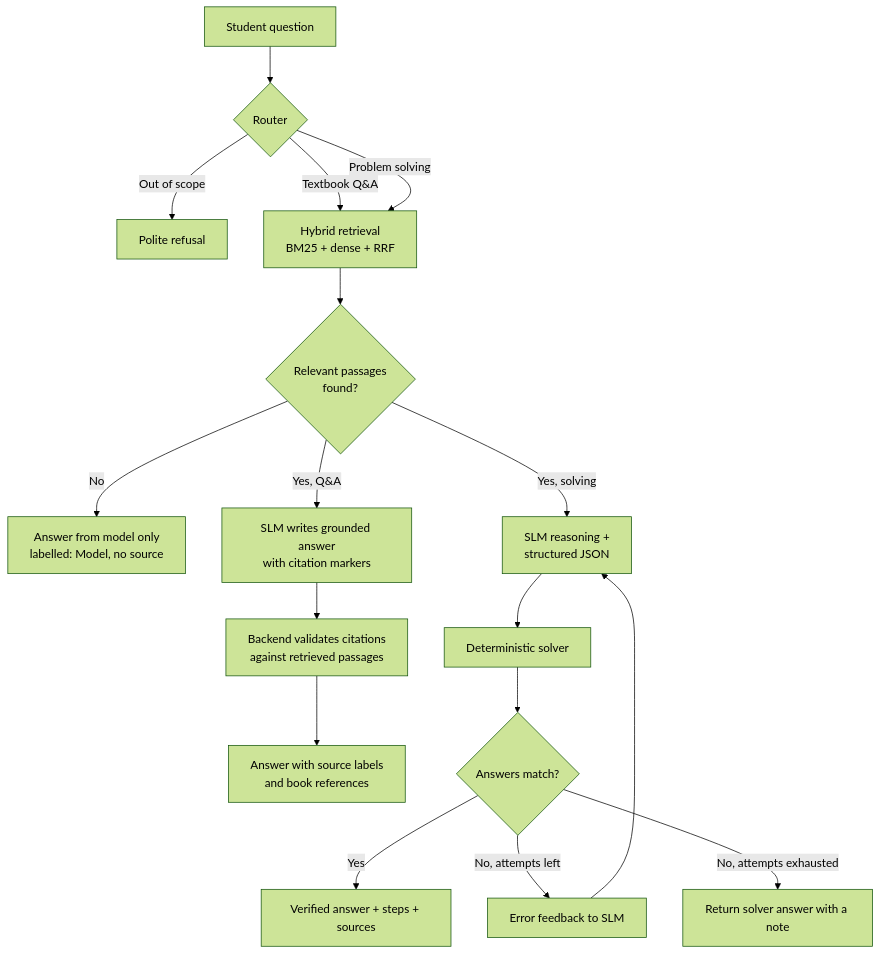
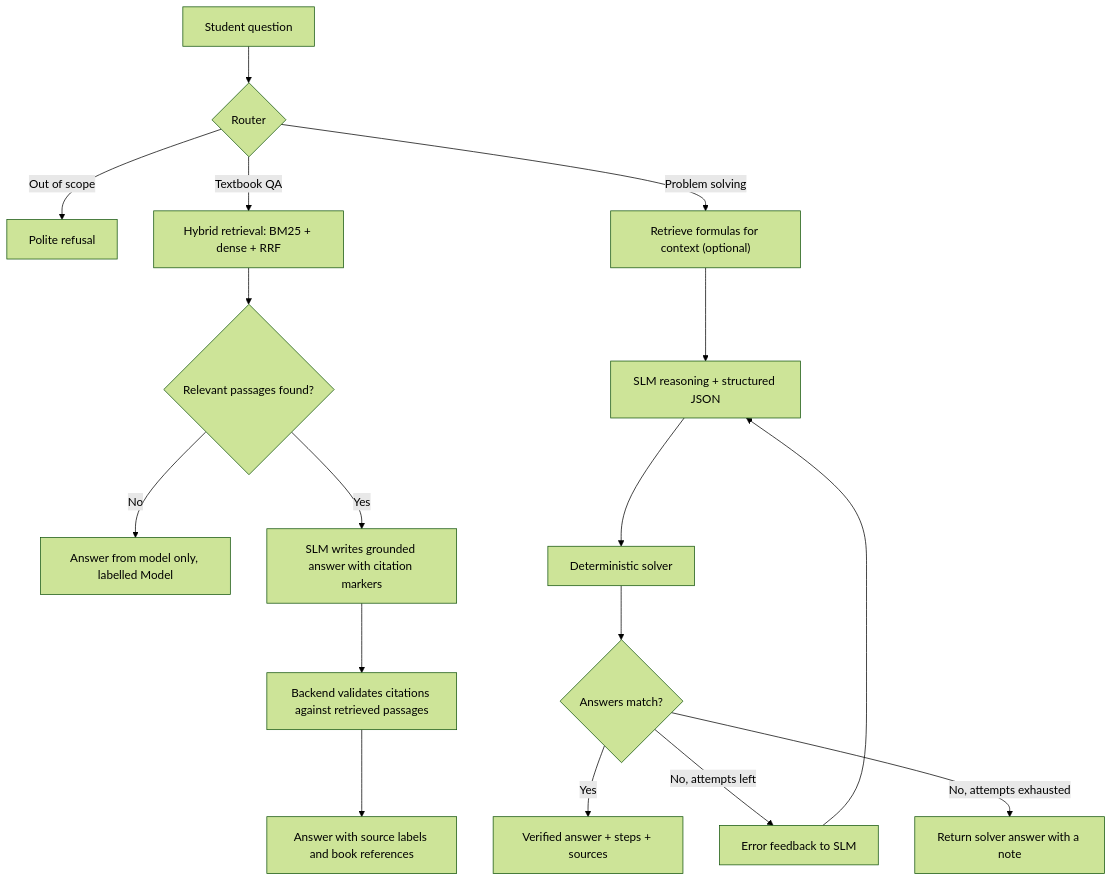
One commit to ShakeebNaqash/STEM-Matrix changed the diagram in README.md. Above: the diagram before and after it, drawn with Mermaid (forest theme).

Commit message:
Update flowchart in README

````diff
--- a/README.md
+++ b/README.md
@@ -73,19 +73,19 @@
 ```mermaid
 flowchart TD
-    Q[Student question] --> R{Router}
-    R -->|Out of scope| X[Polite refusal]
-    R -->|Textbook Q&A| RET[Hybrid retrieval<br/>BM25 + dense + RRF]
-    R -->|Problem solving| RET
-    RET --> CONF{Relevant passages<br/>found?}
-    CONF -->|No| NOSRC[Answer from model only<br/>labelled: Model, no source]
-    CONF -->|Yes, Q&A| GEN[SLM writes grounded answer<br/>with citation markers]
-    GEN --> CHECK[Backend validates citations<br/>against retrieved passages]
-    CHECK --> OUT[Answer with source labels<br/>and book references]
-    CONF -->|Yes, solving| SLM[SLM reasoning +<br/>structured JSON]
-    SLM --> SOL[Deterministic solver]
-    SOL --> V{Answers match?}
-    V -->|Yes| A[Verified answer + steps + sources]
-    V -->|No, attempts left| FB[Error feedback to SLM]
+    Q["Student question"] --> R{"Router"}
+    R -->|"Out of scope"| X["Polite refusal"]
+    R -->|"Textbook QA"| RET["Hybrid retrieval: BM25 + dense + RRF"]
+    R -->|"Problem solving"| CTX["Retrieve formulas for context (optional)"]
+    RET --> CONF{"Relevant passages found?"}
+    CONF -->|"No"| NOSRC["Answer from model only, labelled Model"]
+    CONF -->|"Yes"| GEN["SLM writes grounded answer with citation markers"]
+    GEN --> CHECK["Backend validates citations against retrieved passages"]
+    CHECK --> OUT["Answer with source labels and book references"]
+    CTX --> SLM["SLM reasoning + structured JSON"]
+    SLM --> SOL["Deterministic solver"]
+    SOL --> V{"Answers match?"}
+    V -->|"Yes"| A["Verified answer + steps + sources"]
+    V -->|"No, attempts left"| FB["Error feedback to SLM"]
     FB --> SLM
-    V -->|No, attempts exhausted| FALL[Return solver answer with a note]
+    V -->|"No, attempts exhausted"| FALL["Return solver answer with a note"]
 ```
````
